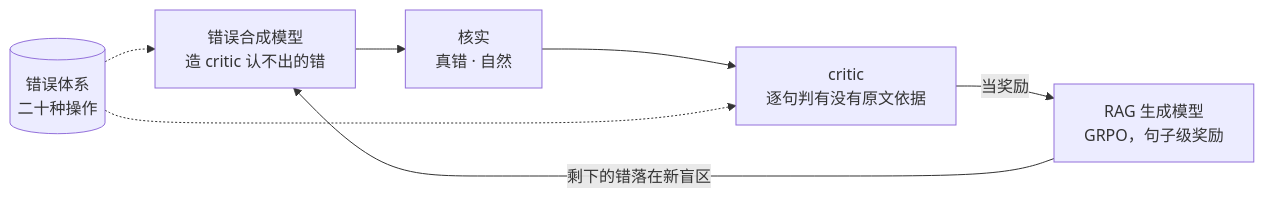
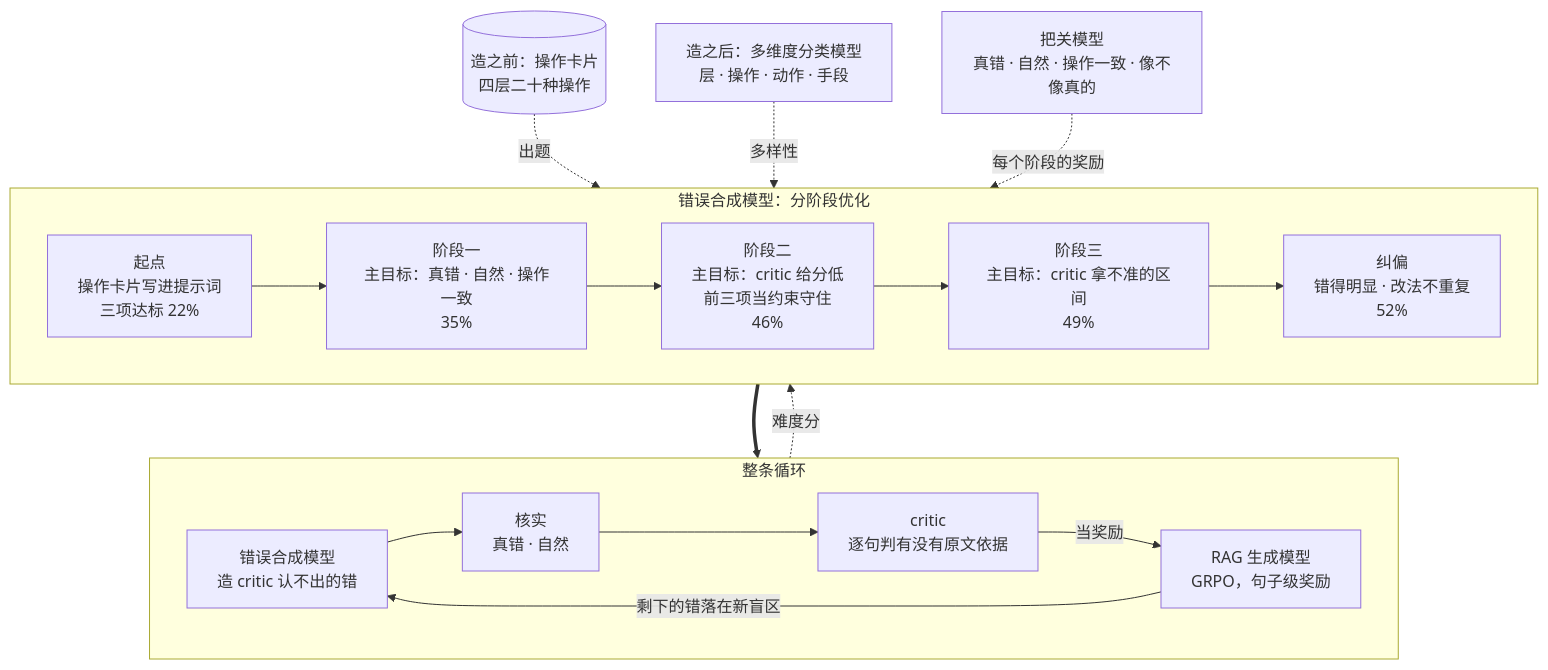
One commit to liaomingyue/claim-critic changed the diagram in docs/tech_share.md. Above: the diagram before and after it, drawn with Mermaid. The commit also changed other lines of this file, not shown here.

Commit message:
Docs: the structure diagram now shows the staged optimisation of the error generator inside the loop, with the cards, gate models and post-hoc classifier feeding it

````diff
--- a/docs/tech_share.md
+++ b/docs/tech_share.md
@@ -22,9 +24,30 @@
 ```mermaid
-flowchart LR
-    G["错误合成模型<br/>造 critic 认不出的错"] --> V["核实<br/>真错 · 自然"]
-    V --> C["critic<br/>逐句判有没有原文依据"]
-    C -->|当奖励| P["RAG 生成模型<br/>GRPO，句子级奖励"]
-    P -->|剩下的错落在新盲区| G
-    T[("错误体系<br/>二十种操作")] -.-> G
-    T -.-> C
+flowchart TB
+    subgraph LOOP["整条循环"]
+        direction LR
+        G["错误合成模型<br/>造 critic 认不出的错"] --> V["核实<br/>真错 · 自然"]
+        V --> C["critic<br/>逐句判有没有原文依据"]
+        C -->|当奖励| P["RAG 生成模型<br/>GRPO，句子级奖励"]
+        P -->|剩下的错落在新盲区| G
+    end
+
+    subgraph SYN["错误合成模型：分阶段优化"]
+        direction LR
+        S0["起点<br/>操作卡片写进提示词<br/>三项达标 22%"]
+        S1["阶段一<br/>主目标：真错 · 自然 · 操作一致<br/>35%"]
+        S2["阶段二<br/>主目标：critic 给分低<br/>前三项当约束守住<br/>46%"]
+        S3["阶段三<br/>主目标：critic 拿不准的区间<br/>49%"]
+        S4["纠偏<br/>错得明显 · 改法不重复<br/>52%"]
+        S0 --> S1 --> S2 --> S3 --> S4
+    end
+
+    CARD[("造之前：操作卡片<br/>四层二十种操作")]
+    GATE["把关模型<br/>真错 · 自然 · 操作一致 · 像不像真的"]
+    CLS["造之后：多维度分类模型<br/>层 · 操作 · 动作 · 手段"]
+
+    CARD -.->|出题| S0
+    GATE -.->|每个阶段的奖励| SYN
+    C -.->|难度分| S2
+    CLS -.->|多样性| S4
+    S4 ==> G
 ```
````
